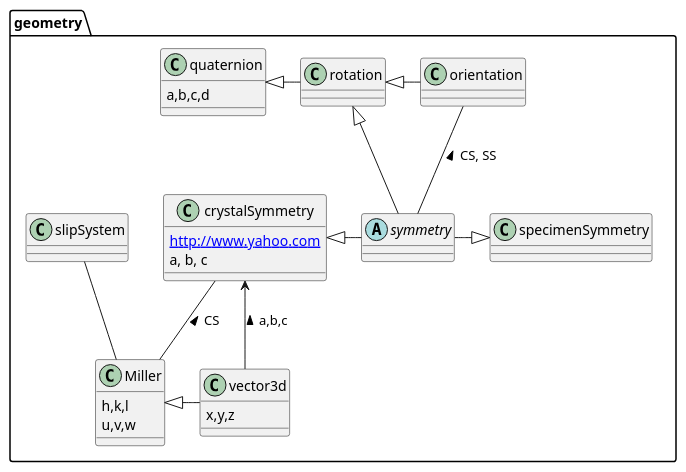
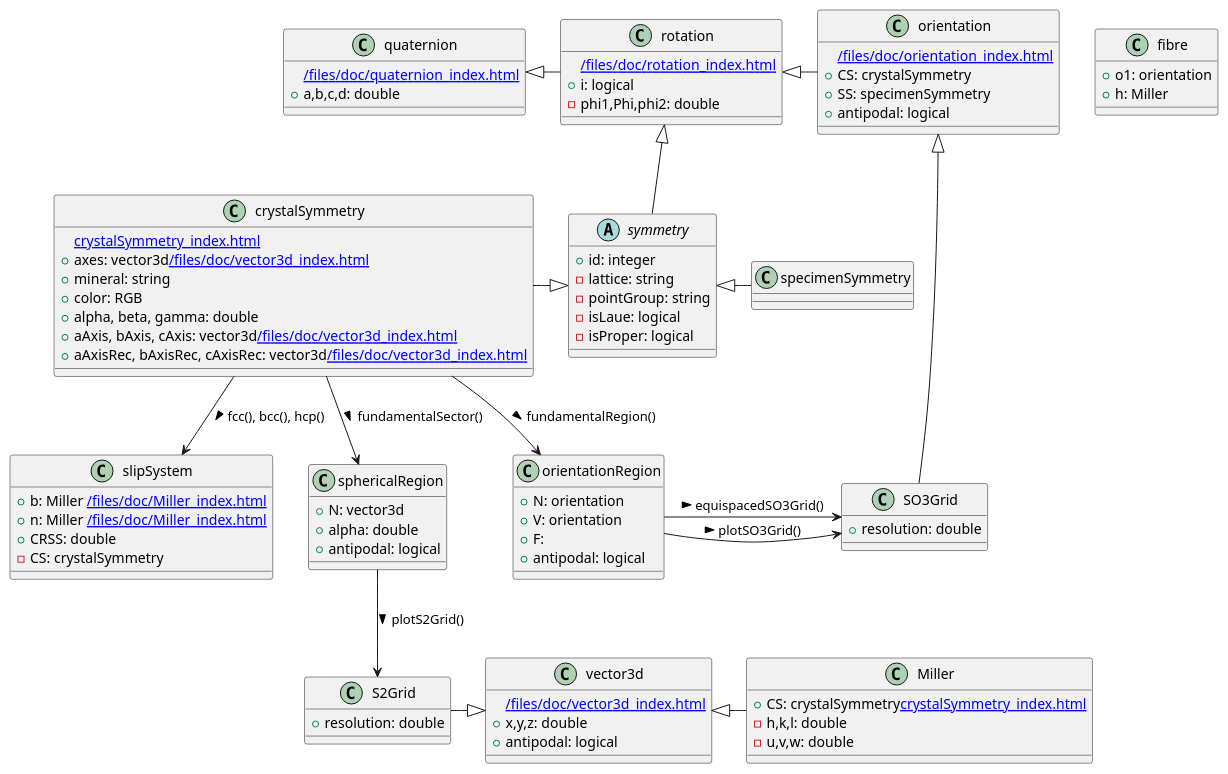
One commit to mtex-toolbox/mtex-toolbox.github.io.old changed the diagram in files/puml/geometry.puml. Above: the diagram before and after it, drawn with PlantUML. The commit also changed 1989 other files, not shown here.

```diff
--- a/files/puml/geometry.puml
+++ b/files/puml/geometry.puml
@@ -1,46 +1,111 @@
 @startuml
-package "geometry"{
+
 class vector3d{
- x,y,z
-}
-class Miller{
- h,k,l
- u,v,w
+ [[/files/doc/vector3d_index.html]]
+ +x,y,z: double
+ +antipodal: logical
 }
 
+class Miller{
+ +CS: crystalSymmetry[[crystalSymmetry_index.html]]
+ -h,k,l: double
+ -u,v,w: double
+}
 
 together {
- abstract class symmetry
+ abstract class symmetry{
+ +id: integer
+ -lattice: string
+ -pointGroup: string
+ -isLaue: logical
+ -isProper: logical
+ }
  class crystalSymmetry {
- [[http://www.yahoo.com]]
-  a, b, c
+ [[crystalSymmetry_index.html]]
+ +axes: vector3d[[/files/doc/vector3d_index.html]]
+ +mineral: string
+ +color: RGB
+ +alpha, beta, gamma: double
+ +aAxis, bAxis, cAxis: vector3d[[/files/doc/vector3d_index.html]]
+ +aAxisRec, bAxisRec, cAxisRec: vector3d[[/files/doc/vector3d_index.html]]
  }
  class specimenSymmetry
 }
 
+together {
+
 class quaternion {
- a,b,c,d
+ [[/files/doc/quaternion_index.html]]
+ +a,b,c,d: double
 }
 
-class rotation
+class rotation{
+ [[/files/doc/rotation_index.html]]
+ +i: logical
+ -phi1,Phi,phi2: double
+}
 
+class orientation{
+ [[/files/doc/orientation_index.html]]
+ +CS: crystalSymmetry
+ +SS: specimenSymmetry
+ +antipodal: logical
+}
+}
 quaternion <|- rotation
 rotation <|- orientation
 
-rotation <|- symmetry
-symmetry -|> specimenSymmetry
-crystalSymmetry <|- symmetry
-
-crystalSymmetry -- Miller : < CS
-crystalSymmetry <- vector3d :< a,b,c
-
-orientation -- symmetry : < CS, SS
+rotation <|-down- symmetry
+symmetry <|- specimenSymmetry
+crystalSymmetry -|> symmetry
 
 
-Miller <|- vector3d
+vector3d <|- Miller
 
-slipSystem -- Miller
-
+class slipSystem{
+ +b: Miller [[/files/doc/Miller_index.html]]
+ +n: Miller [[/files/doc/Miller_index.html]]
+ +CRSS: double
+ -CS: crystalSymmetry
 }
 
+class fibre{
+ +o1: orientation
+ +h: Miller
+}
+
+class S2Grid {
+ +resolution: double
+}
+class SO3Grid {
+ +resolution: double
+}
+
+
+
+class sphericalRegion {
+ +N: vector3d
+ +alpha: double
+ +antipodal: logical
+}
+
+class orientationRegion {
+ +N: orientation
+ +V: orientation
+ +F:
+ +antipodal: logical
+}
+
+crystalSymmetry --> sphericalRegion :> fundamentalSector()
+crystalSymmetry --> orientationRegion :> fundamentalRegion()
+crystalSymmetry --> slipSystem :> fcc(), bcc(), hcp()
+
+sphericalRegion --> S2Grid :> plotS2Grid()
+orientationRegion -right-> SO3Grid :> plotSO3Grid()
+orientationRegion -right-> SO3Grid :> equispacedSO3Grid()
+
+S2Grid -|> vector3d
+SO3Grid -|> orientation
+
+
 @enduml
```
